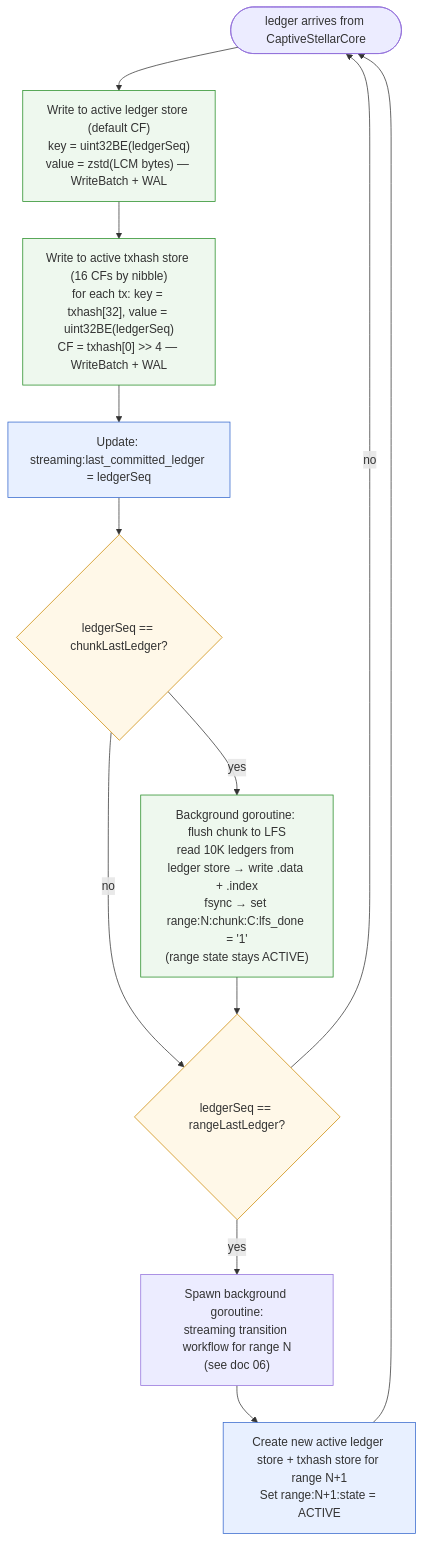
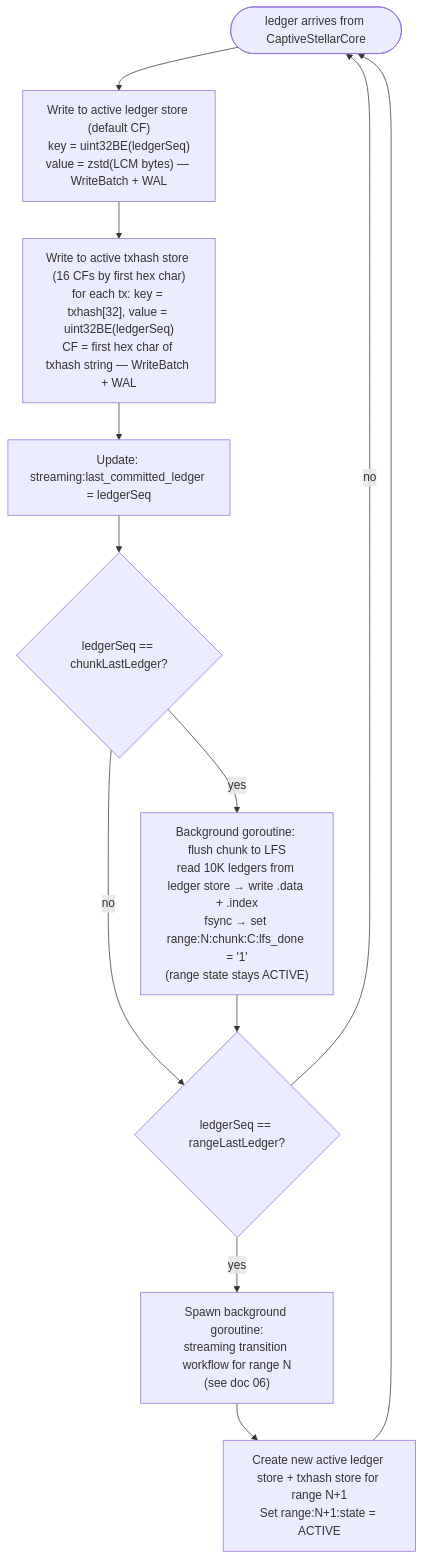
Before and after one commit to karthikiyer56/stellar-full-history-ingestion: the second of 2 diagrams in design-docs-v2/04-streaming-workflow.md, drawn with Mermaid. The commit also changed other lines of this file and 17 other files, not shown here.

````diff
--- a/design-docs-v2/04-streaming-workflow.md
+++ b/design-docs-v2/04-streaming-workflow.md
@@ -78,18 +78,14 @@
 ```mermaid
 flowchart TD
-    classDef decision fill:#fff8e8,stroke:#cc8800
-    classDef write fill:#eef8ee,stroke:#228b22
-    classDef meta fill:#e8f0ff,stroke:#3366cc
-
-    LOOP(["ledger arrives from CaptiveStellarCore"]) --> INGEST_LEDGER["Write to active ledger store (default CF)<br/>key = uint32BE(ledgerSeq)<br/>value = zstd(LCM bytes) — WriteBatch + WAL"]:::write
-    INGEST_LEDGER --> INGEST_TX["Write to active txhash store (16 CFs by nibble)<br/>for each tx: key = txhash[32], value = uint32BE(ledgerSeq)<br/>CF = txhash[0] >> 4 — WriteBatch + WAL"]:::write
-    INGEST_TX --> CHECKPOINT["Update: streaming:last_committed_ledger = ledgerSeq"]:::meta
-    CHECKPOINT --> CHUNK_BOUNDARY{ledgerSeq == chunkLastLedger?}:::decision
+    LOOP(["ledger arrives from CaptiveStellarCore"]) --> INGEST_LEDGER["Write to active ledger store (default CF)<br/>key = uint32BE(ledgerSeq)<br/>value = zstd(LCM bytes) — WriteBatch + WAL"]
+    INGEST_LEDGER --> INGEST_TX["Write to active txhash store (16 CFs by first hex char)<br/>for each tx: key = txhash[32], value = uint32BE(ledgerSeq)<br/>CF = first hex char of txhash string — WriteBatch + WAL"]
+    INGEST_TX --> CHECKPOINT["Update: streaming:last_committed_ledger = ledgerSeq"]
+    CHECKPOINT --> CHUNK_BOUNDARY{ledgerSeq == chunkLastLedger?}
     CHUNK_BOUNDARY -->|no| RANGE_BOUNDARY
-    CHUNK_BOUNDARY -->|yes| FLUSH_LFS["Background goroutine: flush chunk to LFS<br/>read 10K ledgers from ledger store → write .data + .index<br/>fsync → set range:N:chunk:C:lfs_done = '1'<br/>(range state stays ACTIVE)"]:::write
-    FLUSH_LFS --> RANGE_BOUNDARY{ledgerSeq == rangeLastLedger?}:::decision
+    CHUNK_BOUNDARY -->|yes| FLUSH_LFS["Background goroutine: flush chunk to LFS<br/>read 10K ledgers from ledger store → write .data + .index<br/>fsync → set range:N:chunk:C:lfs_done = '1'<br/>(range state stays ACTIVE)"]
+    FLUSH_LFS --> RANGE_BOUNDARY{ledgerSeq == rangeLastLedger?}
     RANGE_BOUNDARY -->|no| LOOP
     RANGE_BOUNDARY -->|yes| SPAWN["Spawn background goroutine:<br/>streaming transition workflow for range N<br/>(see doc 06)"]
-    SPAWN --> NEWRANGE["Create new active ledger store + txhash store for range N+1<br/>Set range:N+1:state = ACTIVE"]:::meta
+    SPAWN --> NEWRANGE["Create new active ledger store + txhash store for range N+1<br/>Set range:N+1:state = ACTIVE"]
     NEWRANGE --> LOOP
 ```
````
